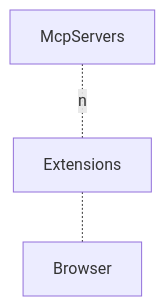
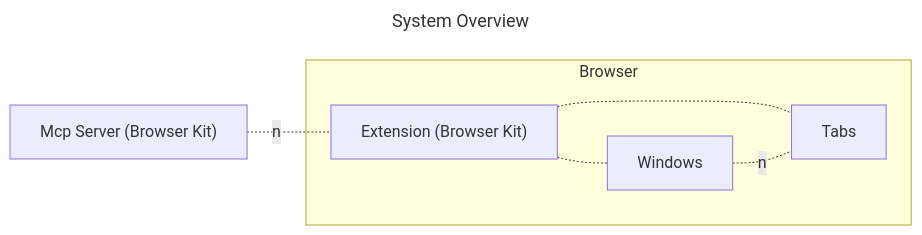
The first of 4 diagrams in docs/architecture.md (ndthanhdev/mcp-browser-kit), drawn with Mermaid before and after one commit. The commit also changed other lines of this file and 12 other files, not shown here.

First line of the commit message:
refactor: rename viewable element methods to use coordinates and update architecture documentation

````diff
--- a/docs/architecture.md
+++ b/docs/architecture.md
@@ -7,9 +9,20 @@
 ```mermaid
-flowchart TD
-  McpServers
+---
+title: System Overview
+---
+flowchart LR
+  McpServer["Mcp Server (Browser Kit)"]
   Extensions
   Browser
 
-  McpServers -.-|"n"| Extensions
-  Extensions -.- Browser
+  subgraph Browser
+    Windows
+    Tabs
+    Extensions["Extension (Browser Kit)"]
+  end
+
+  McpServer -.-|"n"| Extensions
+  Extensions -.- Tabs
+  Extensions -.- Windows
+  Windows -.-|"n"| Tabs
 ```
````
